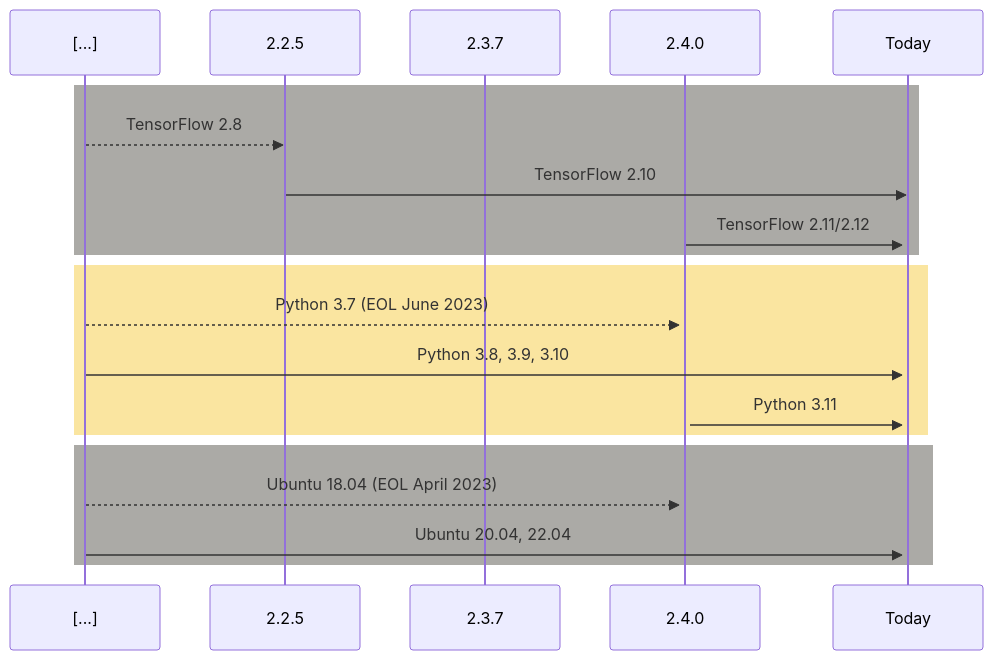
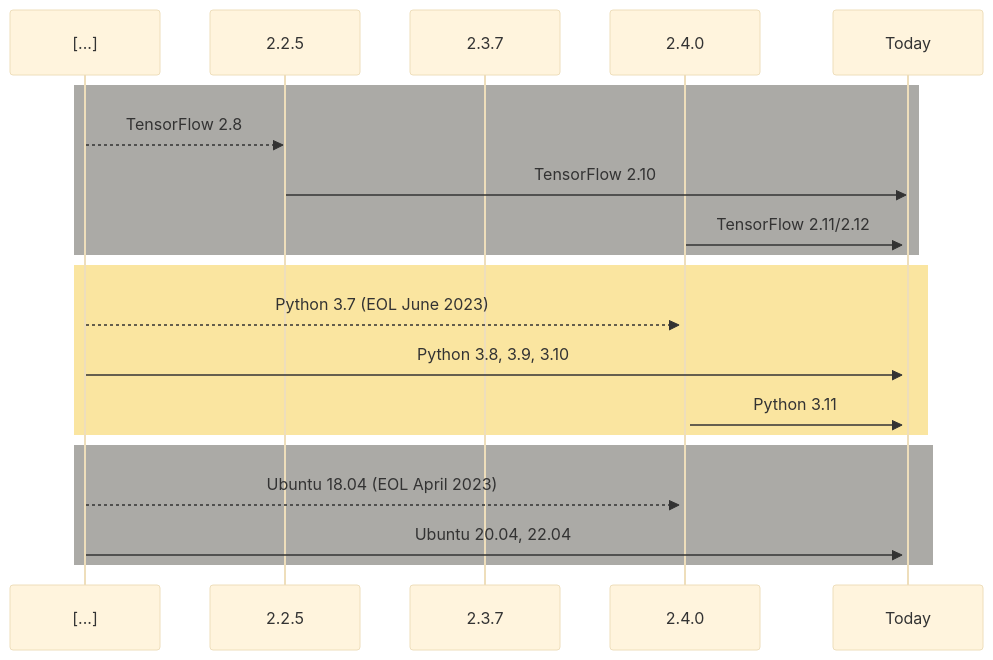
Before and after one commit to Brainchip-Inc/akida_examples: the diagram in README.md, drawn with Mermaid.

Commit message:
chore(README.md): make the diagram more readable

````diff
--- a/README.md
+++ b/README.md
@@ -58,22 +58,23 @@
 ```mermaid
 sequenceDiagram
     participant [...]
     participant 2.2.5
     participant 2.3.7
     participant 2.4.0
     participant Today
 rect rgb(171, 170, 166)
     [...]-->>2.2.5: TensorFlow 2.8
     2.2.5->>Today: TensorFlow 2.10
     2.4.0->>+Today: TensorFlow 2.11/2.12
 end
 rect rgb(250, 229, 160)
     [...]-->>+2.4.0: Python 3.7 (EOL June 2023)
     [...]->>+Today: Python 3.8, 3.9, 3.10
     2.4.0->>+Today: Python 3.11
 end
 rect rgb(171, 170, 166)
     [...]-->>+2.4.0: Ubuntu 18.04 (EOL April 2023)
     [...]->>+Today: Ubuntu 20.04, 22.04
 end
+%%{init:{'theme':'base'}}%%
 ```
````
